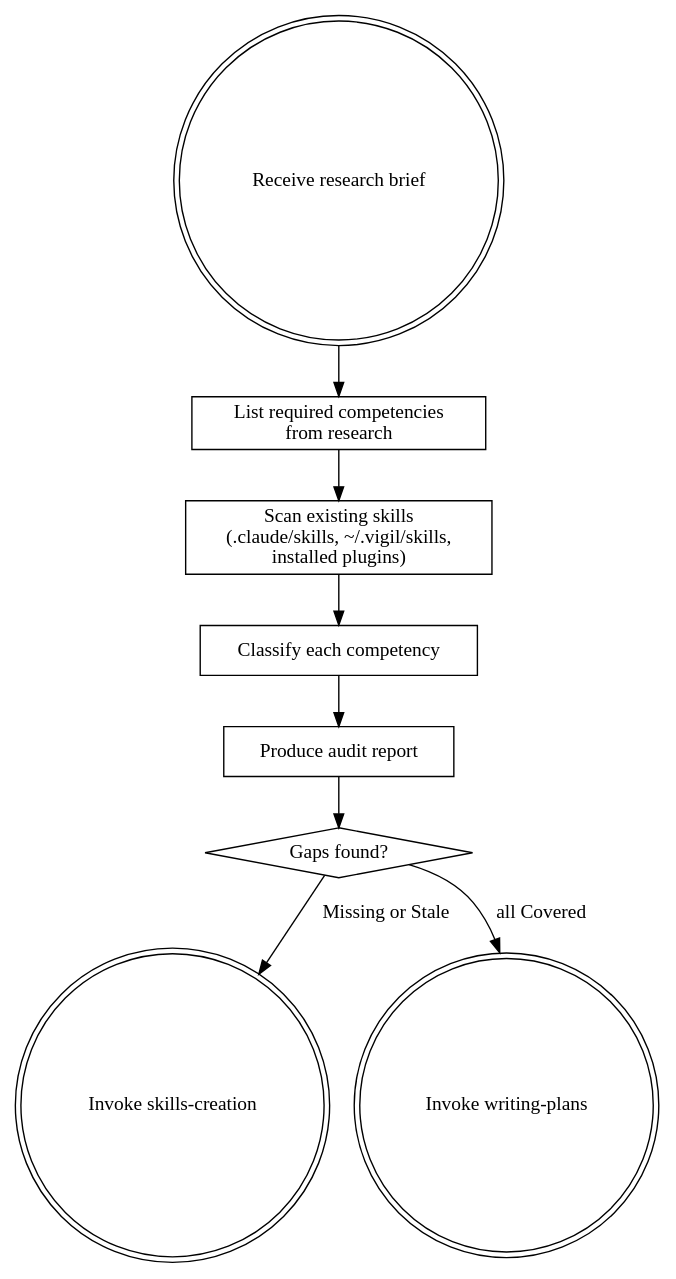
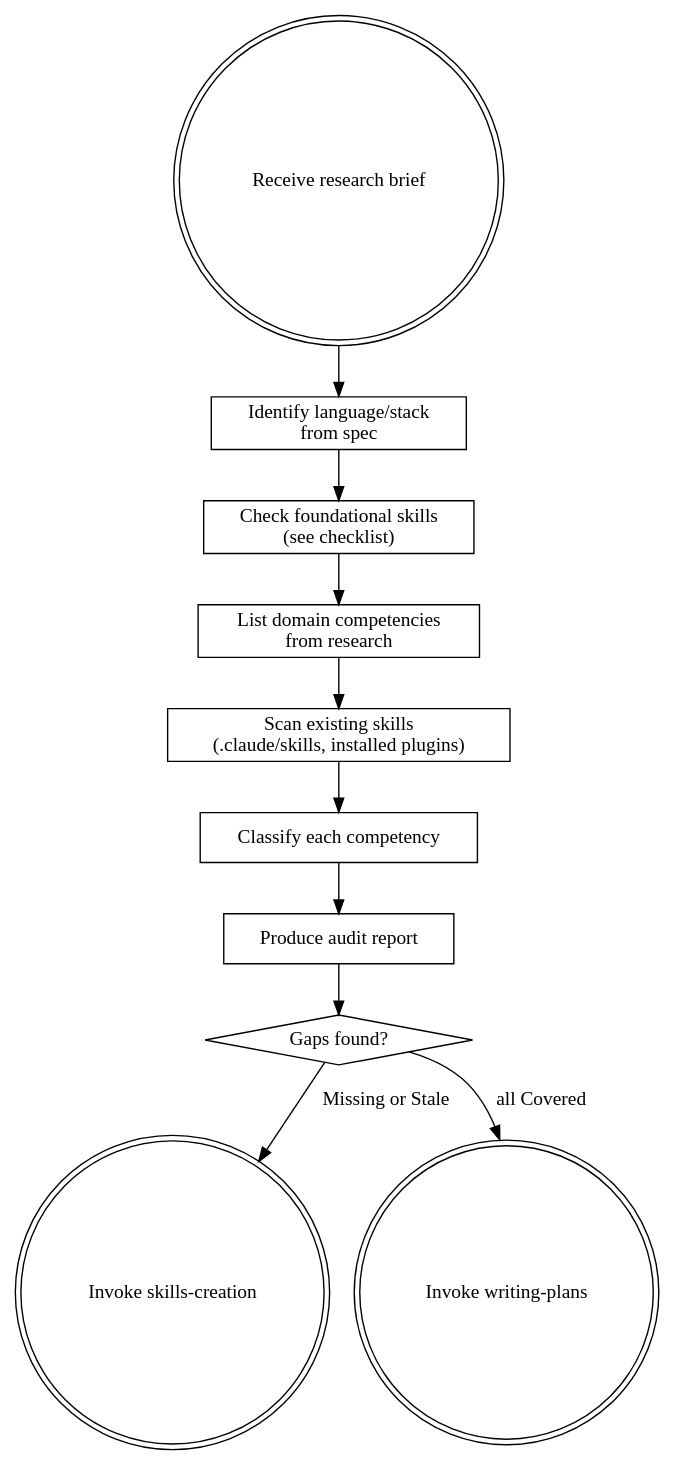
Before and after one commit to obra/superpowers: the diagram in skills/skills-audit/SKILL.md, drawn with Graphviz. The commit also changed other lines of this file and 2 other files, not shown here.

First line of the commit message:
feat: add foundational development skills checklist to skills-audit

````diff
--- a/skills/skills-audit/SKILL.md
+++ b/skills/skills-audit/SKILL.md
@@ -21,20 +25,24 @@
 ```dot
 digraph skills_audit {
     "Receive research brief" [shape=doublecircle];
-    "List required competencies\nfrom research" [shape=box];
-    "Scan existing skills\n(.claude/skills, ~/.vigil/skills,\ninstalled plugins)" [shape=box];
+    "Identify language/stack\nfrom spec" [shape=box];
+    "Check foundational skills\n(see checklist)" [shape=box];
+    "List domain competencies\nfrom research" [shape=box];
+    "Scan existing skills\n(.claude/skills, installed plugins)" [shape=box];
     "Classify each competency" [shape=box];
     "Produce audit report" [shape=box];
     "Gaps found?" [shape=diamond];
     "Invoke skills-creation" [shape=doublecircle];
     "Invoke writing-plans" [shape=doublecircle];
 
-    "Receive research brief" -> "List required competencies\nfrom research";
-    "List required competencies\nfrom research" -> "Scan existing skills\n(.claude/skills, ~/.vigil/skills,\ninstalled plugins)";
-    "Scan existing skills\n(.claude/skills, ~/.vigil/skills,\ninstalled plugins)" -> "Classify each competency";
+    "Receive research brief" -> "Identify language/stack\nfrom spec";
+    "Identify language/stack\nfrom spec" -> "Check foundational skills\n(see checklist)";
+    "Check foundational skills\n(see checklist)" -> "List domain competencies\nfrom research";
+    "List domain competencies\nfrom research" -> "Scan existing skills\n(.claude/skills, installed plugins)";
+    "Scan existing skills\n(.claude/skills, installed plugins)" -> "Classify each competency";
     "Classify each competency" -> "Produce audit report";
     "Produce audit report" -> "Gaps found?";
     "Gaps found?" -> "Invoke skills-creation" [label="Missing or Stale"];
     "Gaps found?" -> "Invoke writing-plans" [label="all Covered"];
 }
 ```
````
